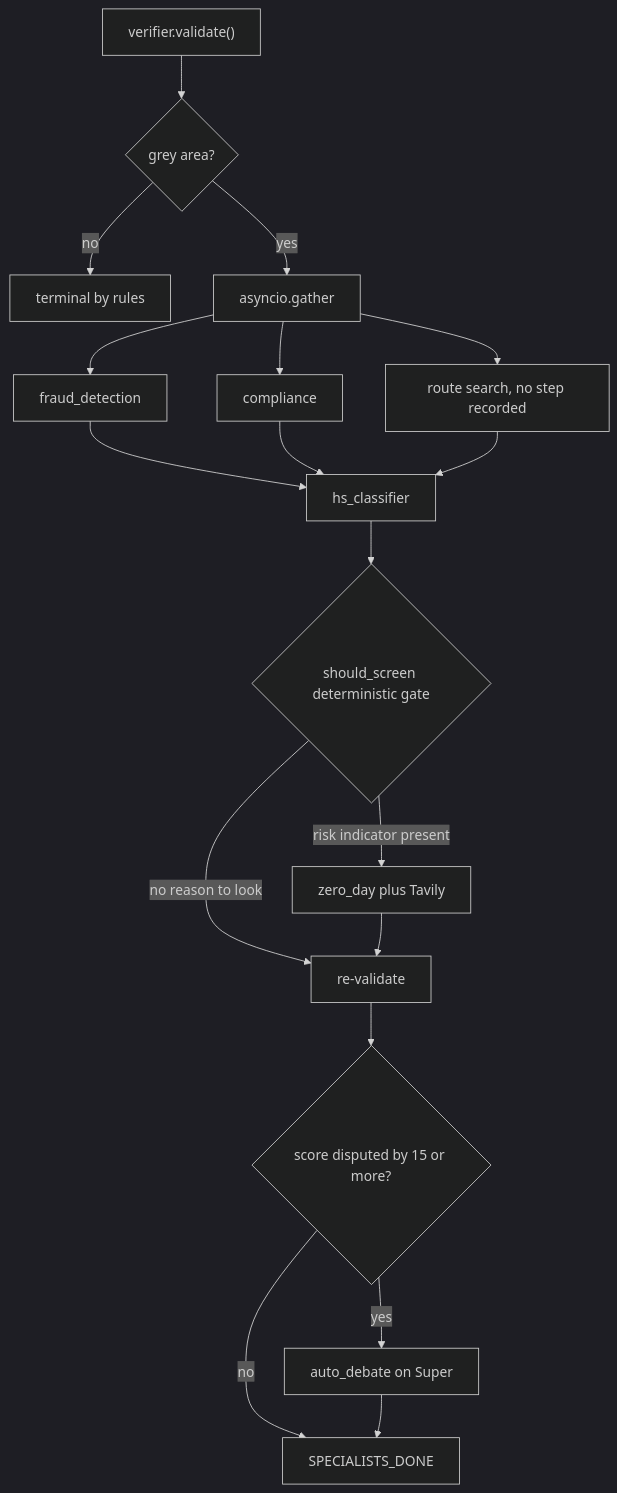
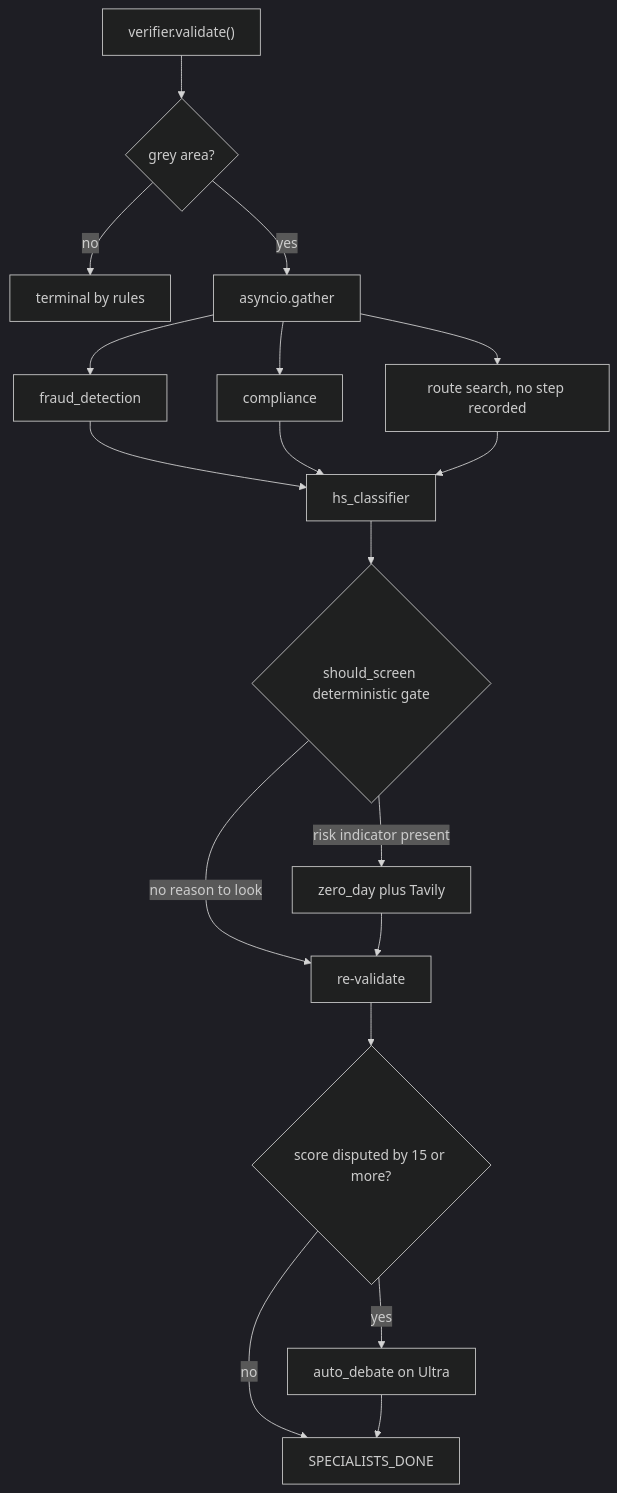
The third of 3 diagrams in docs/ARCHITECTURE.md (hoachauphuoc/vf-logistics-nebius-nvidia), drawn with Mermaid (dark theme) before and after one commit. The commit also changed other lines of this file and 21 other files, not shown here.

````diff
--- a/docs/ARCHITECTURE.md
+++ b/docs/ARCHITECTURE.md
@@ -258,20 +258,20 @@
 ```mermaid
 flowchart TD
     V["verifier.validate()"] --> P{"grey area?"}
     P -->|no| T["terminal by rules"]
     P -->|yes| G["asyncio.gather"]
     G --> F["fraud_detection"]
     G --> C["compliance"]
     G --> R["route search, no step recorded"]
     F --> HS["hs_classifier"]
     C --> HS
     R --> HS
     HS --> Z{"should_screen deterministic gate"}
     Z -->|no reason to look| RV["re-validate"]
     Z -->|risk indicator present| ZD["zero_day plus Tavily"]
     ZD --> RV
     RV --> D{"score disputed by 15 or more?"}
-    D -->|yes| AD["auto_debate on Super"]
+    D -->|yes| AD["auto_debate on Ultra"]
     D -->|no| SD["SPECIALISTS_DONE"]
     AD --> SD
 ```
````
